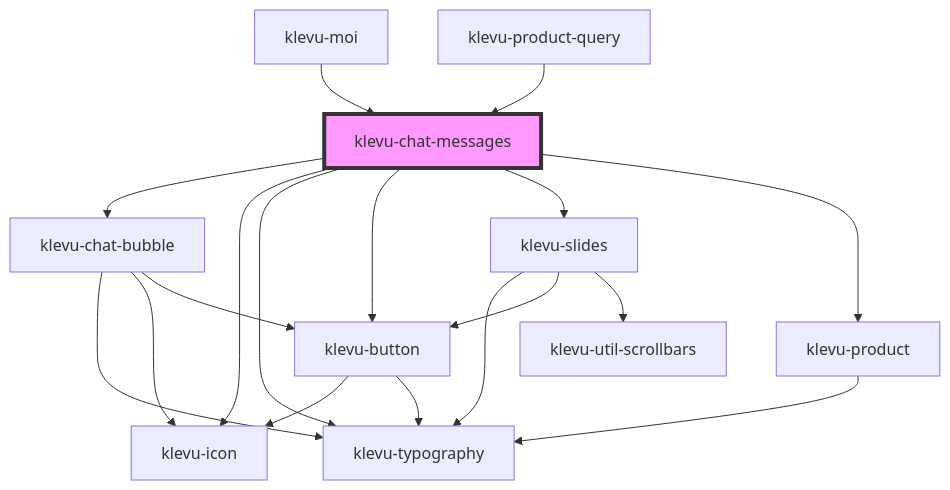
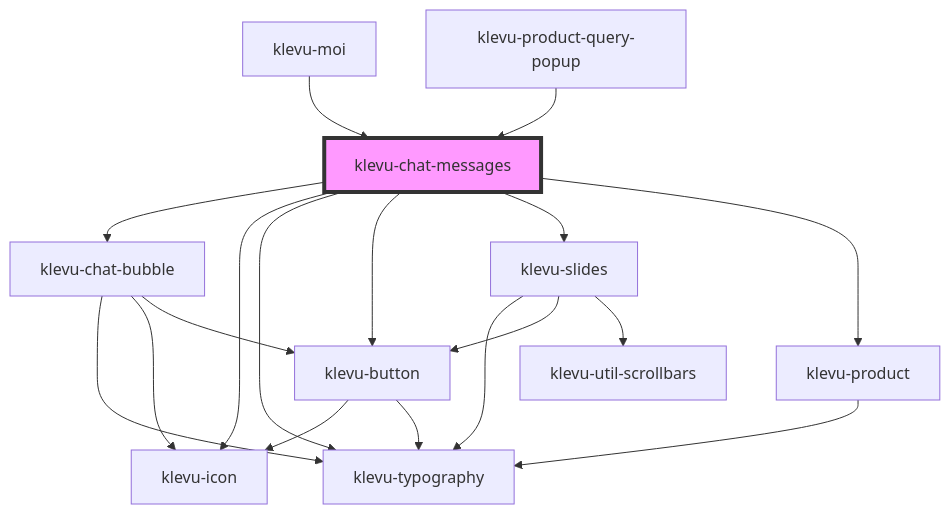
Before and after one commit to klevultd/frontend-sdk: the diagram in packages/klevu-ui/src/components/klevu-chat-messages/readme.md, drawn with Mermaid. The commit also changed other lines of this file and 22 other files, not shown here.

````diff
--- a/packages/klevu-ui/src/components/klevu-chat-messages/readme.md
+++ b/packages/klevu-ui/src/components/klevu-chat-messages/readme.md
@@ -52,21 +52,21 @@
 ```mermaid
 graph TD;
   klevu-chat-messages --> klevu-chat-bubble
   klevu-chat-messages --> klevu-icon
   klevu-chat-messages --> klevu-typography
   klevu-chat-messages --> klevu-button
   klevu-chat-messages --> klevu-slides
   klevu-chat-messages --> klevu-product
   klevu-chat-bubble --> klevu-typography
   klevu-chat-bubble --> klevu-icon
   klevu-chat-bubble --> klevu-button
   klevu-button --> klevu-icon
   klevu-button --> klevu-typography
   klevu-slides --> klevu-typography
   klevu-slides --> klevu-button
   klevu-slides --> klevu-util-scrollbars
   klevu-product --> klevu-typography
   klevu-moi --> klevu-chat-messages
-  klevu-product-query --> klevu-chat-messages
+  klevu-product-query-popup --> klevu-chat-messages
   style klevu-chat-messages fill:#f9f,stroke:#333,stroke-width:4px
 ```
````
